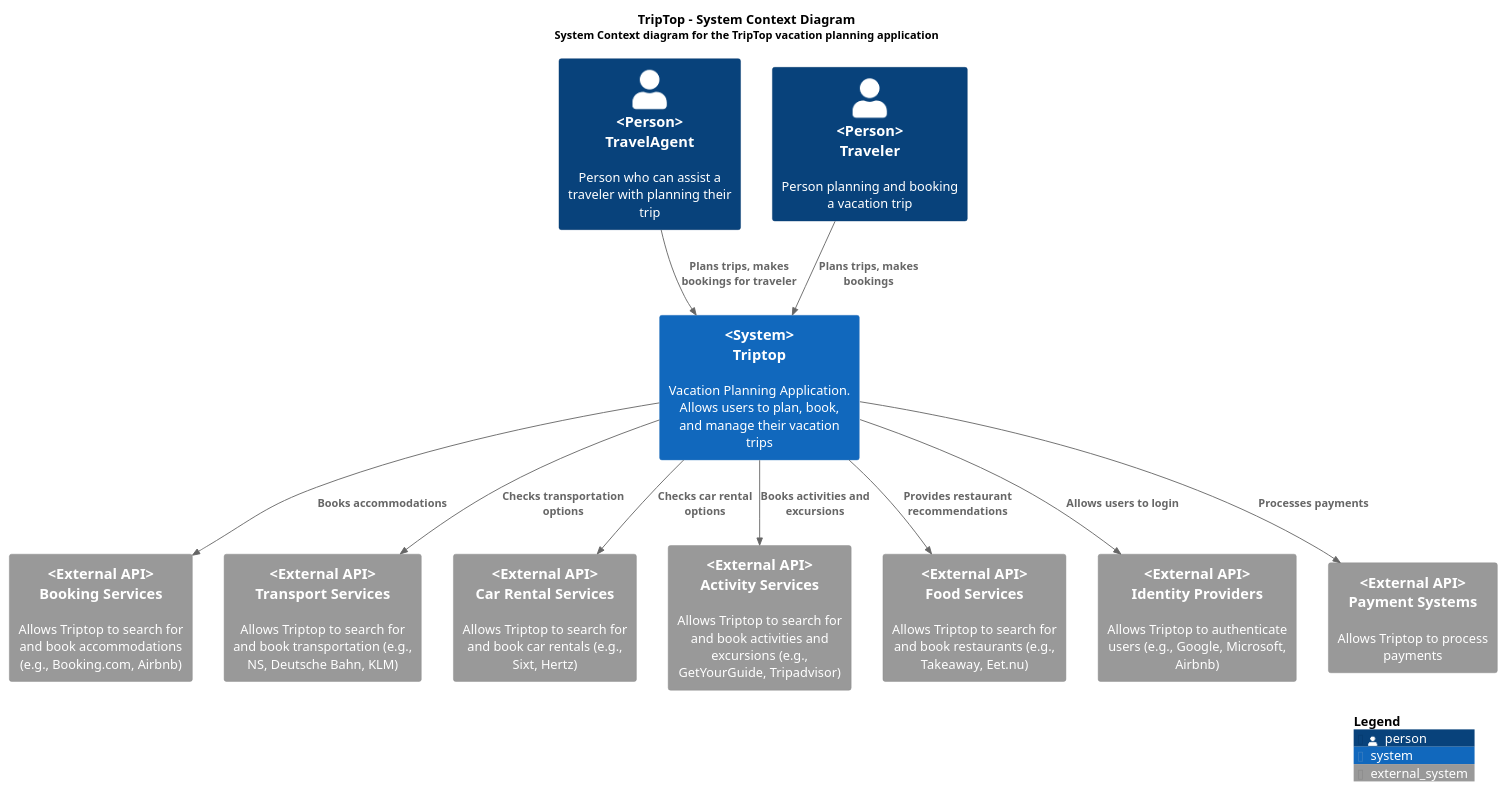
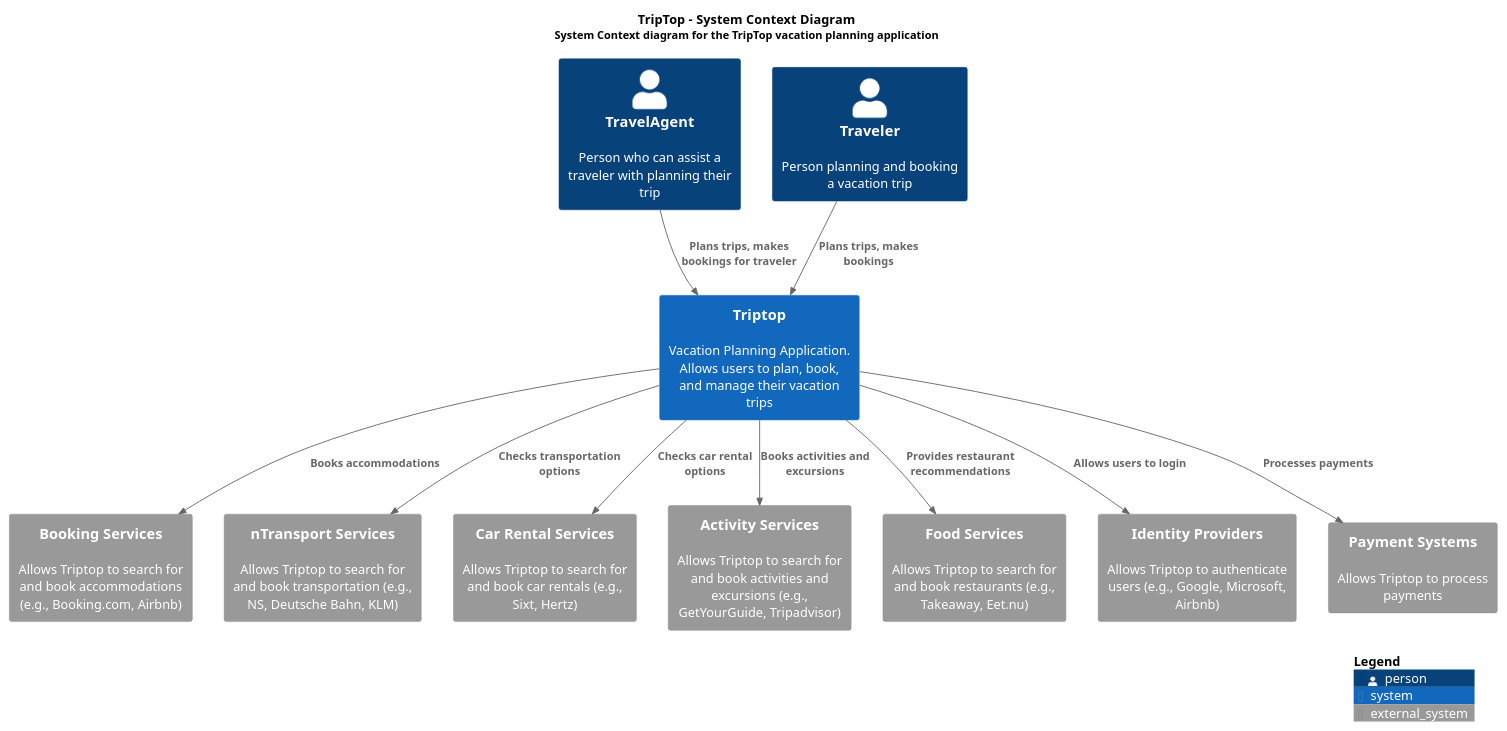
Before and after one commit to AIM-ENE-feb25/triptop-groep-b1: the diagram in software-guidebook/context-diagram/context-triptop.puml, drawn with PlantUML.

Commit message:
removed <> from context diagram

```diff
--- a/software-guidebook/context-diagram/context-triptop.puml
+++ b/software-guidebook/context-diagram/context-triptop.puml
@@ -1,42 +1,42 @@
 @startuml
 
 title
 TripTop - System Context Diagram
 <font size="12">System Context diagram for the TripTop vacation planning application</font>
 end title
 
 !include <C4/C4_Context>
 !include <C4/C4_Container>
 
 'LAYOUT_WITH_LEGEND()
 
 ' People/Actors
-Person(travelAgent, "<Person>\nTravelAgent", "Person who can assist a traveler with planning their trip")
-Person(traveler, "<Person>\nTraveler", "Person planning and booking a vacation trip")
+Person(travelAgent, "TravelAgent", "Person who can assist a traveler with planning their trip")
+Person(traveler, "Traveler", "Person planning and booking a vacation trip")
 
 ' Systems
-System(triptop, "<System>\nTriptop", "Vacation Planning Application. Allows users to plan, book, and manage their vacation trips")
+System(triptop, "Triptop", "Vacation Planning Application. Allows users to plan, book, and manage their vacation trips")
 
 ' External Systems
-System_Ext(bookingService, "<External API>\nBooking Services", "Allows Triptop to search for and book accommodations (e.g., Booking.com, Airbnb)")
-System_Ext(transportService, "<External API>\nTransport Services", "Allows Triptop to search for and book transportation (e.g., NS, Deutsche Bahn, KLM)")
-System_Ext(carRentalService, "<External API>\nCar Rental Services", "Allows Triptop to search for and book car rentals (e.g., Sixt, Hertz)")
-System_Ext(activityService, "<External API>\nActivity Services", "Allows Triptop to search for and book activities and excursions (e.g., GetYourGuide, Tripadvisor)")
-System_Ext(foodService, "<External API>\nFood Services", "Allows Triptop to search for and book restaurants (e.g., Takeaway, Eet.nu)")
-System_Ext(identityProvider, "<External API>\nIdentity Providers", "Allows Triptop to authenticate users (e.g., Google, Microsoft, Airbnb)")
-System_Ext(paymentSystem, "<External API>\nPayment Systems", "Allows Triptop to process payments")
+System_Ext(bookingService, "Booking Services", "Allows Triptop to search for and book accommodations (e.g., Booking.com, Airbnb)")
+System_Ext(transportService, "nTransport Services", "Allows Triptop to search for and book transportation (e.g., NS, Deutsche Bahn, KLM)")
+System_Ext(carRentalService, "Car Rental Services", "Allows Triptop to search for and book car rentals (e.g., Sixt, Hertz)")
+System_Ext(activityService, "Activity Services", "Allows Triptop to search for and book activities and excursions (e.g., GetYourGuide, Tripadvisor)")
+System_Ext(foodService, "Food Services", "Allows Triptop to search for and book restaurants (e.g., Takeaway, Eet.nu)")
+System_Ext(identityProvider, "Identity Providers", "Allows Triptop to authenticate users (e.g., Google, Microsoft, Airbnb)")
+System_Ext(paymentSystem, "Payment Systems", "Allows Triptop to process payments")
 
 ' Relationships
 Rel(traveler, triptop, "Plans trips, makes bookings")
 Rel(triptop, bookingService, "Books accommodations")
 Rel(triptop, transportService, "Checks transportation options")
 Rel(triptop, carRentalService, "Checks car rental options")
 Rel(triptop, activityService, "Books activities and excursions")
 Rel(triptop, foodService, "Provides restaurant recommendations")
 Rel(triptop, identityProvider, "Allows users to login")
 Rel(triptop, paymentSystem, "Processes payments")
 Rel(travelAgent, triptop, "Plans trips, makes bookings for traveler")
 
 SHOW_LEGEND()
 
 @enduml
```
